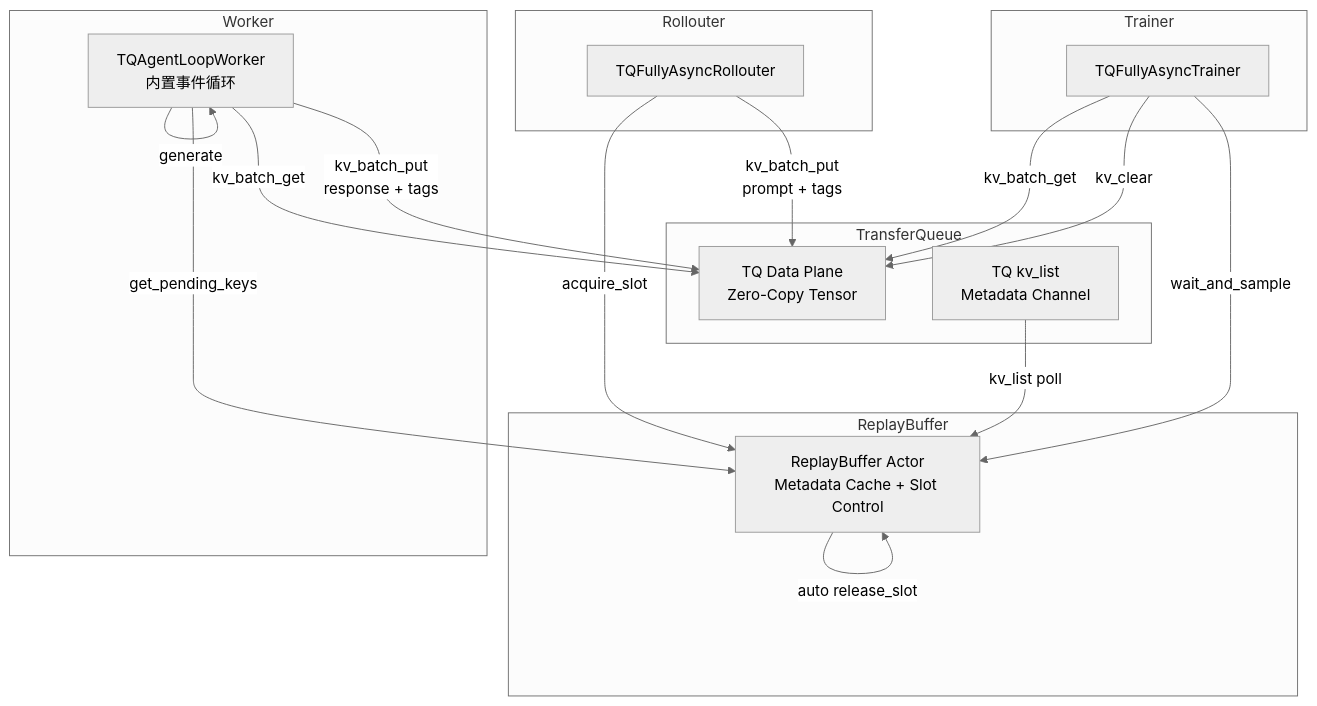
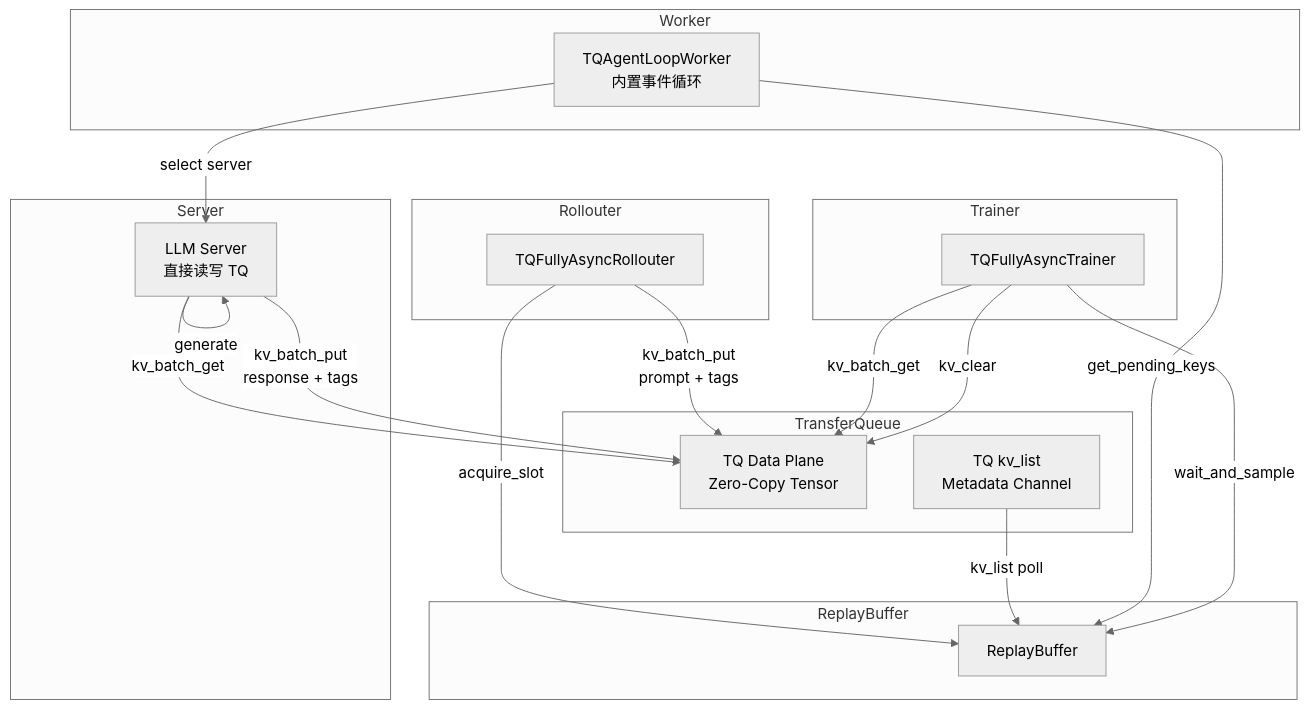
The second of 6 diagrams in verl/experimental/fully_async_policy_tq/README.md (meituan-search/verl), drawn with Mermaid (neutral theme) before and after one commit. The commit also changed other lines of this file, not shown here.

````diff
--- a/verl/experimental/fully_async_policy_tq/README.md
+++ b/verl/experimental/fully_async_policy_tq/README.md
@@ -50,35 +52,39 @@
 ```mermaid
 graph TB
     subgraph Rollouter
         RM[TQFullyAsyncRollouter]
     end
 
     subgraph TransferQueue
         TQ_DATA[TQ Data Plane<br/>Zero-Copy Tensor]
         TQ_META[TQ kv_list<br/>Metadata Channel]
     end
 
     subgraph ReplayBuffer
-        RB[ReplayBuffer Actor<br/>Metadata Cache + Slot Control]
+        RB[ReplayBuffer]
     end
 
     subgraph Worker
         W[TQAgentLoopWorker<br/>内置事件循环]
+    end
+
+    subgraph Server
+        S[LLM Server<br/>直接读写 TQ]
     end
 
     subgraph Trainer
         TM[TQFullyAsyncTrainer]
     end
 
     RM -->|acquire_slot| RB
     RM -->|kv_batch_put<br/>prompt + tags| TQ_DATA
     TQ_META -->|kv_list poll| RB
     W -->|get_pending_keys| RB
-    W -->|kv_batch_get| TQ_DATA
-    W -->|generate| W
-    W -->|kv_batch_put<br/>response + tags| TQ_DATA
-    RB -->|auto release_slot| RB
+    W -->|select server| S
+    S -->|kv_batch_get| TQ_DATA
+    S -->|generate| S
+    S -->|kv_batch_put<br/>response + tags| TQ_DATA
     TM -->|wait_and_sample| RB
     TM -->|kv_batch_get| TQ_DATA
     TM -->|kv_clear| TQ_DATA
 ```
````
